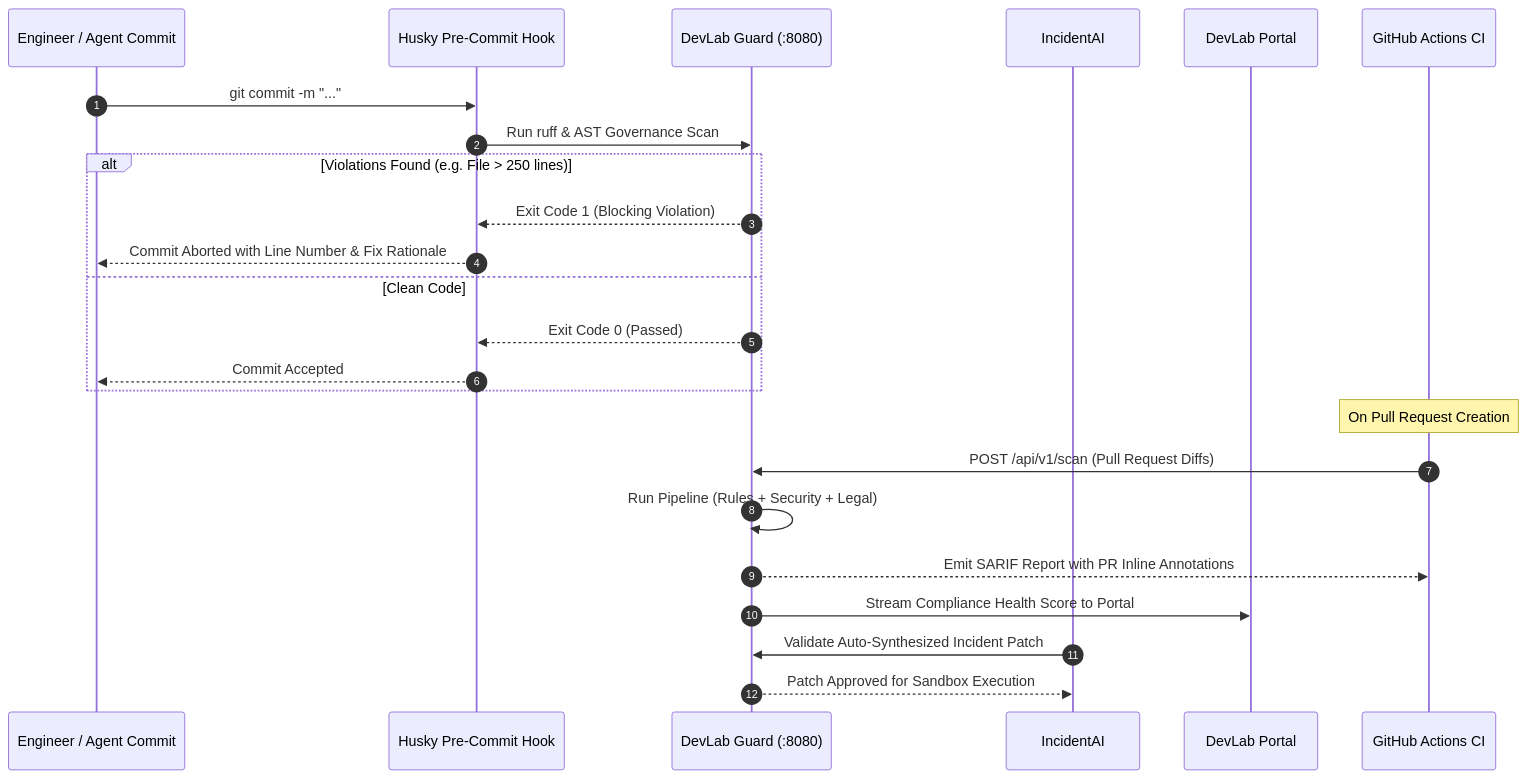
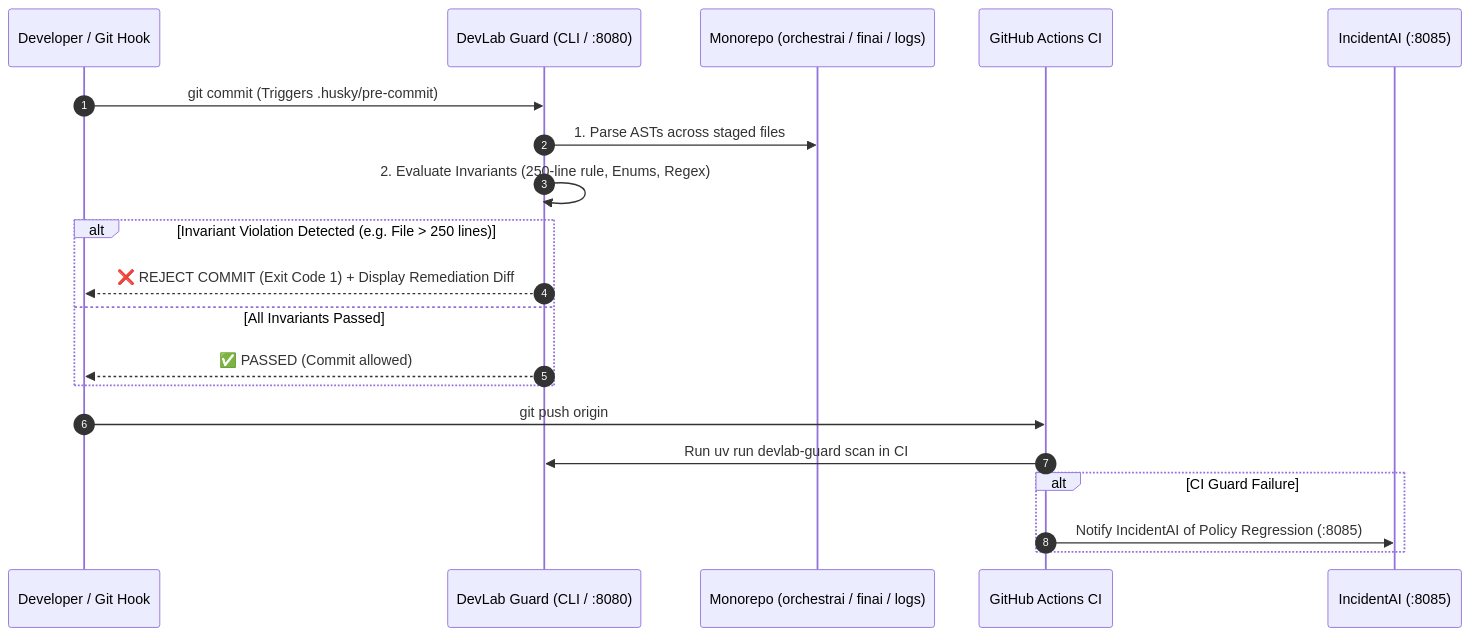
Before and after one commit to yuvadevlab/devlab-guard: the diagram in PROJECT_INFO.md, drawn with Mermaid. The commit also changed other lines of this file, not shown here.

````diff
--- a/PROJECT_INFO.md
+++ b/PROJECT_INFO.md
@@ -97,28 +85,25 @@
 ```mermaid
 sequenceDiagram
     autonumber
-    participant Dev as Engineer / Agent Commit
-    participant Hook as Husky Pre-Commit Hook
-    participant DG as DevLab Guard (:8080)
-    participant IA as IncidentAI
-    participant DP as DevLab Portal
+    participant Dev as Developer / Git Hook
+    participant Guard as DevLab Guard (CLI / :8080)
+    participant Repo as Monorepo (orchestrai / finai / logs)
     participant CI as GitHub Actions CI
+    participant IA as IncidentAI (:8085)
 
-    Dev->>Hook: git commit -m "..."
-    Hook->>DG: Run ruff & AST Governance Scan
-    alt Violations Found (e.g. File > 250 lines)
-        DG-->>Hook: Exit Code 1 (Blocking Violation)
-        Hook-->>Dev: Commit Aborted with Line Number & Fix Rationale
-    else Clean Code
-        DG-->>Hook: Exit Code 0 (Passed)
-        Hook-->>Dev: Commit Accepted
+    Dev->>Guard: git commit (Triggers .husky/pre-commit)
+    Guard->>Repo: 1. Parse ASTs across staged files
+    Guard->>Guard: 2. Evaluate Invariants (250-line rule, Enums, Regex)
+    
+    alt Invariant Violation Detected (e.g. File > 250 lines)
+        Guard-->>Dev: ❌ REJECT COMMIT (Exit Code 1) + Display Remediation Diff
+    else All Invariants Passed
+        Guard-->>Dev: ✅ PASSED (Commit allowed)
     end
 
-    Note over CI: On Pull Request Creation
-    CI->>DG: POST /api/v1/scan (Pull Request Diffs)
-    DG->>DG: Run Pipeline (Rules + Security + Legal)
-    DG-->>CI: Emit SARIF Report with PR Inline Annotations
-    DG->>DP: Stream Compliance Health Score to Portal
-    IA->>DG: Validate Auto-Synthesized Incident Patch
-    DG-->>IA: Patch Approved for Sandbox Execution
+    Dev->>CI: git push origin
+    CI->>Guard: Run uv run devlab-guard scan in CI
+    alt CI Guard Failure
+        CI->>IA: Notify IncidentAI of Policy Regression (:8085)
+    end
 ```
````
